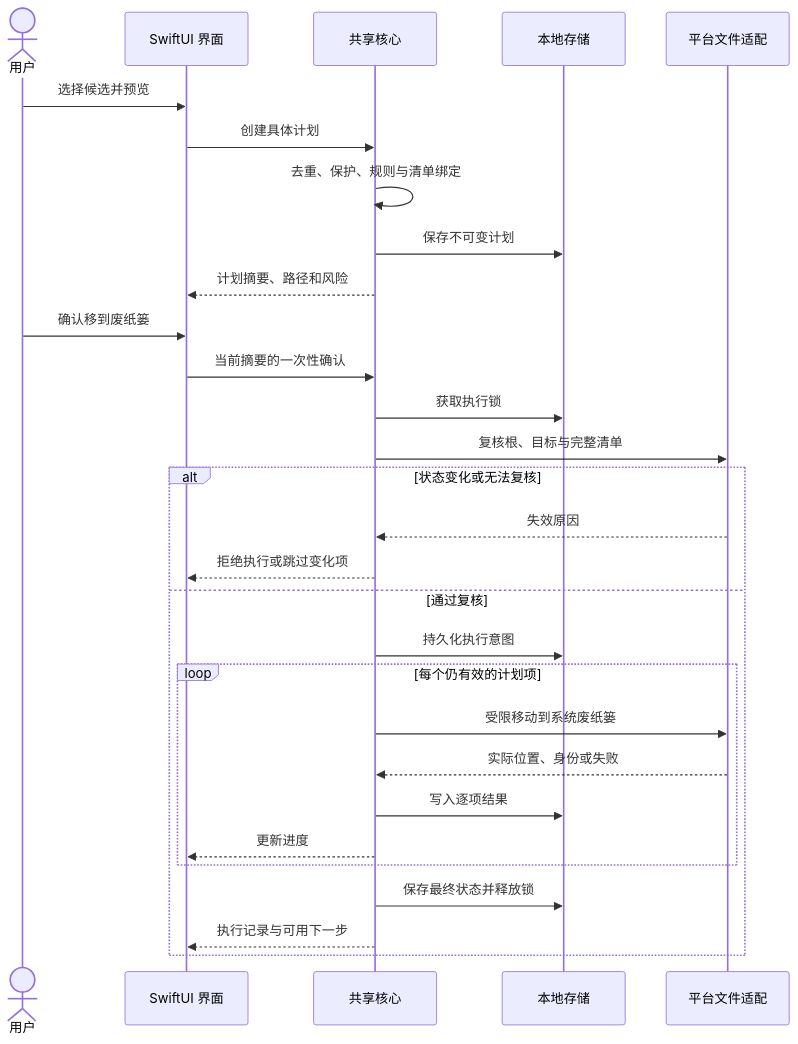
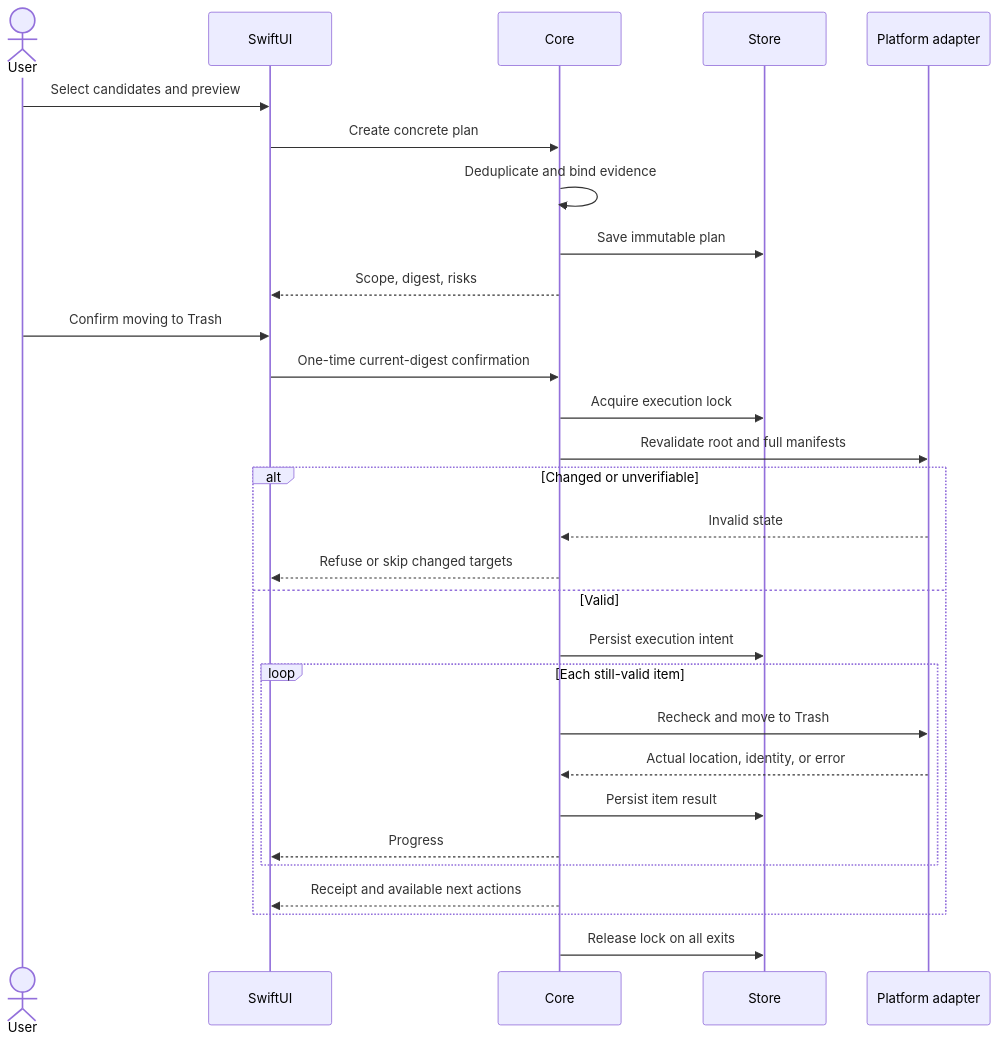
One commit to limecloud/shou changed the third of 6 diagrams in docs/architecture/workflows-and-sequences.md. Above: the diagram before and after it, drawn with Mermaid. The commit also changed other lines of this file and 46 other files, not shown here.

````diff
--- a/docs/architecture/workflows-and-sequences.md
+++ b/docs/architecture/workflows-and-sequences.md
@@ -61,31 +63,31 @@
 ```mermaid
 sequenceDiagram
-    actor User as 用户
-    participant UI as SwiftUI 界面
-    participant Core as 共享核心
-    participant Store as 本地存储
-    participant Platform as 平台文件适配
-    User->>UI: 选择候选并预览
-    UI->>Core: 创建具体计划
-    Core->>Core: 去重、保护、规则与清单绑定
-    Core->>Store: 保存不可变计划
-    Core-->>UI: 计划摘要、路径和风险
-    User->>UI: 确认移到废纸篓
-    UI->>Core: 当前摘要的一次性确认
-    Core->>Store: 获取执行锁
-    Core->>Platform: 复核根、目标与完整清单
-    alt 状态变化或无法复核
-        Platform-->>Core: 失效原因
-        Core-->>UI: 拒绝执行或跳过变化项
-    else 通过复核
-        Core->>Store: 持久化执行意图
-        loop 每个仍有效的计划项
-            Core->>Platform: 受限移动到系统废纸篓
-            Platform-->>Core: 实际位置、身份或失败
-            Core->>Store: 写入逐项结果
-            Core-->>UI: 更新进度
+    actor User
+    participant UI as SwiftUI
+    participant Core
+    participant Store
+    participant FS as Platform adapter
+    User->>UI: Select candidates and preview
+    UI->>Core: Create concrete plan
+    Core->>Core: Deduplicate and bind evidence
+    Core->>Store: Save immutable plan
+    Core-->>UI: Scope, digest, risks
+    User->>UI: Confirm moving to Trash
+    UI->>Core: One-time current-digest confirmation
+    Core->>Store: Acquire execution lock
+    Core->>FS: Revalidate root and full manifests
+    alt Changed or unverifiable
+        FS-->>Core: Invalid state
+        Core-->>UI: Refuse or skip changed targets
+    else Valid
+        Core->>Store: Persist execution intent
+        loop Each still-valid item
+            Core->>FS: Recheck and move to Trash
+            FS-->>Core: Actual location, identity, or error
+            Core->>Store: Persist item result
+            Core-->>UI: Progress
         end
-        Core->>Store: 保存最终状态并释放锁
-        Core-->>UI: 执行记录与可用下一步
+        Core-->>UI: Receipt and available next actions
     end
+    Core->>Store: Release lock on all exits
 ```
````
